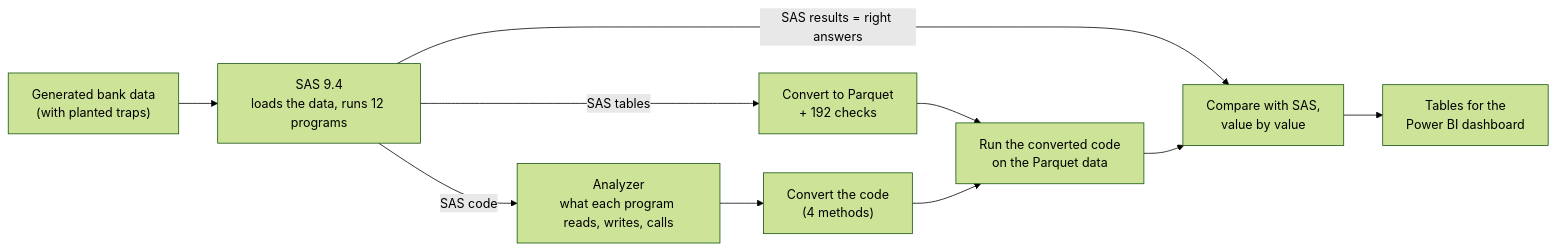
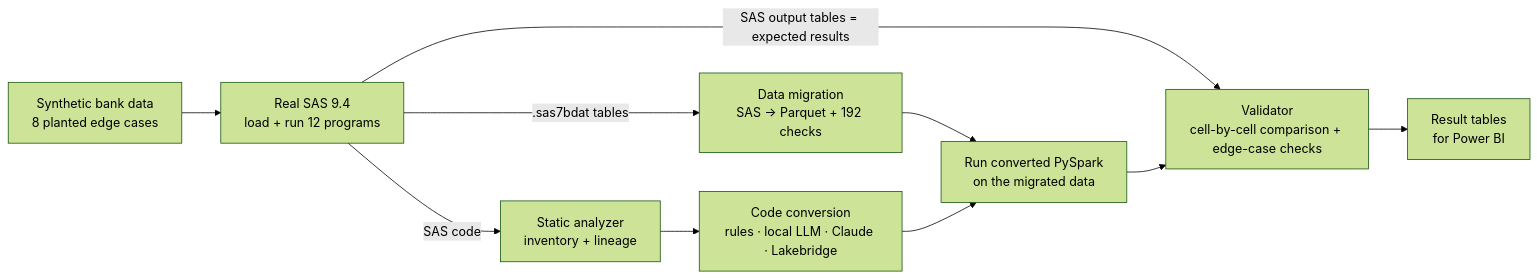
One commit to mhdara/sas-to-pyspark-migration changed the diagram in README.md. Above: the diagram before and after it, drawn with Mermaid (forest theme). The commit also changed other lines of this file and 1 other file, not shown here.

````diff
--- a/README.md
+++ b/README.md
@@ -75,12 +40,12 @@
 ```mermaid
 flowchart LR
-    G["Generated bank data<br/>(with planted traps)"] --> S["SAS 9.4<br/>loads the data, runs 12 programs"]
-    S -->|"SAS tables"| M["Convert to Parquet<br/>+ 192 checks"]
-    S -->|"SAS code"| A["Analyzer<br/>what each program reads, writes, calls"]
-    A --> C["Convert the code<br/>(4 methods)"]
-    M --> R["Run the converted code<br/>on the Parquet data"]
+    G["Synthetic bank data<br/>8 planted edge cases"] --> S["Real SAS 9.4<br/>load + run 12 programs"]
+    S -->|".sas7bdat tables"| M["Data migration<br/>SAS → Parquet + 192 checks"]
+    S -->|"SAS code"| A["Static analyzer<br/>inventory + lineage"]
+    A --> C["Code conversion<br/>rules · local LLM · Claude · Lakebridge"]
+    M --> R["Run converted PySpark<br/>on the migrated data"]
     C --> R
-    S -->|"SAS results = right answers"| V["Compare with SAS,<br/>value by value"]
+    S -->|"SAS output tables = expected results"| V["Validator<br/>cell-by-cell comparison + edge-case checks"]
     R --> V
-    V --> B["Tables for the<br/>Power BI dashboard"]
+    V --> B["Result tables<br/>for Power BI"]
 ```
````
